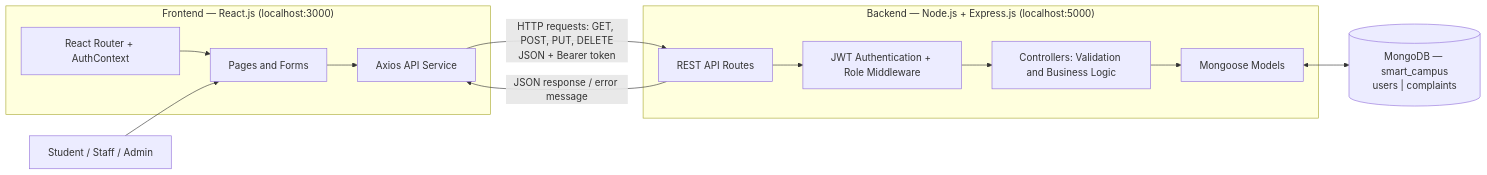
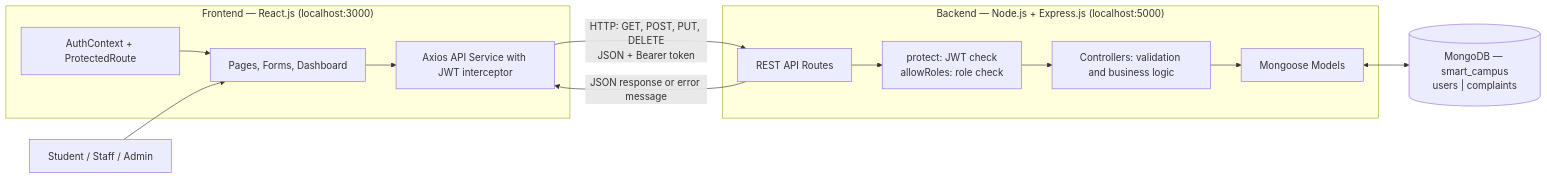
The first of 5 diagrams in Architecture&FlowDiagram.md (drajj-0011/Smart-campus-maintenance-system01), drawn with Mermaid before and after one commit. The commit also changed other lines of this file, not shown here.

````diff
--- a/Architecture&FlowDiagram.md
+++ b/Architecture&FlowDiagram.md
@@ -13,27 +15,27 @@
 ```mermaid
 flowchart LR
     USER["Student / Staff / Admin"]
 
     subgraph FRONTEND["Frontend — React.js (localhost:3000)"]
-        UI["Pages and Forms"]
-        AUTH["React Router + AuthContext"]
-        AXIOS["Axios API Service"]
+        AUTH["AuthContext + ProtectedRoute"]
+        UI["Pages, Forms, Dashboard"]
+        AXIOS["Axios API Service with JWT interceptor"]
+        AUTH --> UI
         UI --> AXIOS
-        AUTH --> UI
     end
 
     subgraph BACKEND["Backend — Node.js + Express.js (localhost:5000)"]
         ROUTES["REST API Routes"]
-        MIDDLEWARE["JWT Authentication + Role Middleware"]
-        CONTROLLERS["Controllers: Validation and Business Logic"]
+        MIDDLEWARE["protect: JWT check<br/>allowRoles: role check"]
+        CONTROLLERS["Controllers: validation and business logic"]
         MODELS["Mongoose Models"]
         ROUTES --> MIDDLEWARE --> CONTROLLERS --> MODELS
     end
 
     DB[("MongoDB — smart_campus<br/>users | complaints")]
 
     USER --> UI
-    AXIOS -->|"HTTP requests: GET, POST, PUT, DELETE<br/>JSON + Bearer token"| ROUTES
-    ROUTES -->|"JSON response / error message"| AXIOS
+    AXIOS -->|"HTTP: GET, POST, PUT, DELETE<br/>JSON + Bearer token"| ROUTES
+    ROUTES -->|"JSON response or error message"| AXIOS
     MODELS <--> DB
 ```
````
